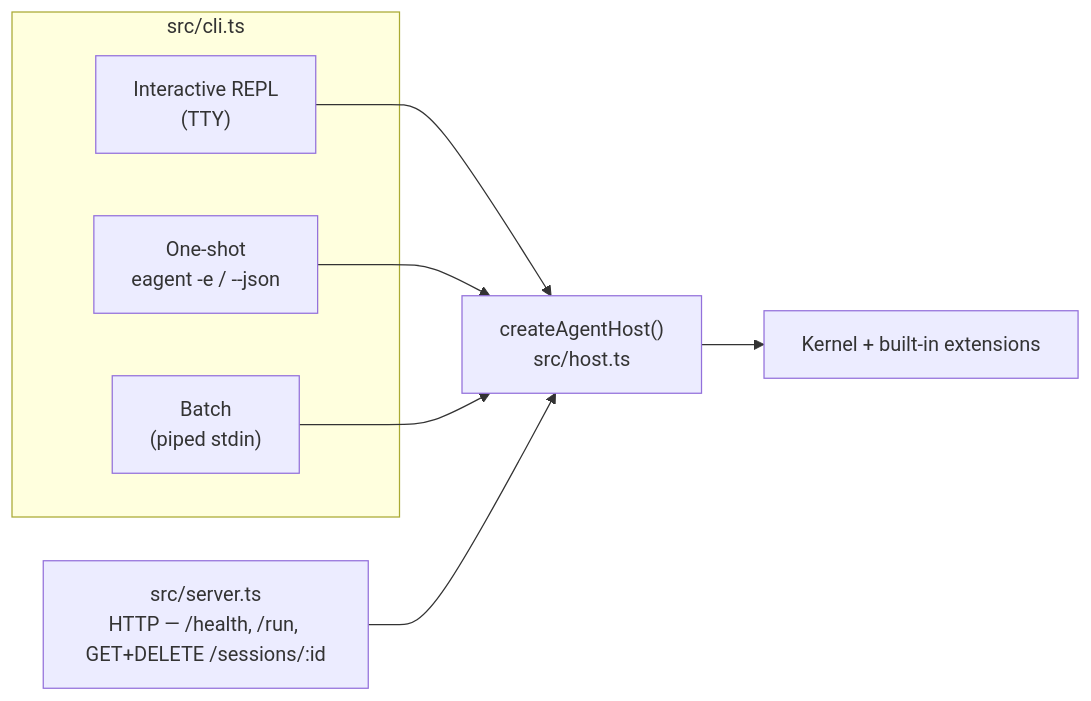
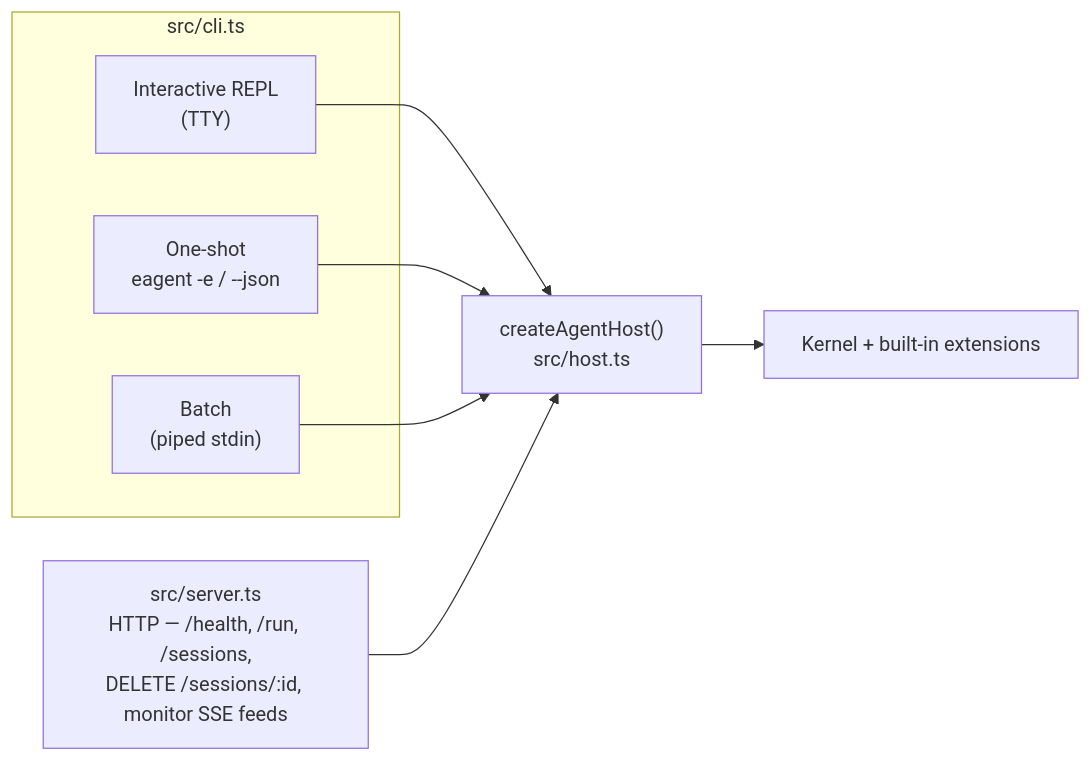
Before and after one commit to caohaotiantian/EAgent: the fifth of 5 diagrams in README.md, drawn with Mermaid. The commit also changed other lines of this file and 42 other files, not shown here.

First line of the commit message:
feat(tui): rebuild the terminal UI as a decoupled Ink client + HTTP/SSE monitor

````diff
--- a/README.md
+++ b/README.md
@@ -336,16 +336,16 @@
 ```mermaid
 flowchart LR
     subgraph CLI["src/cli.ts"]
         REPL["Interactive REPL<br/>(TTY)"]
         ONE["One-shot<br/>eagent -e / --json"]
         BATCH["Batch<br/>(piped stdin)"]
     end
-    SRV["src/server.ts<br/>HTTP — /health, /run, GET+DELETE /sessions/:id"]
+    SRV["src/server.ts<br/>HTTP — /health, /run, /sessions,<br/>DELETE /sessions/:id, monitor SSE feeds"]
     HOST["createAgentHost()<br/>src/host.ts"]
     K["Kernel + built-in extensions"]
     REPL --> HOST
     ONE --> HOST
     BATCH --> HOST
     SRV --> HOST
     HOST --> K
 ```
````
